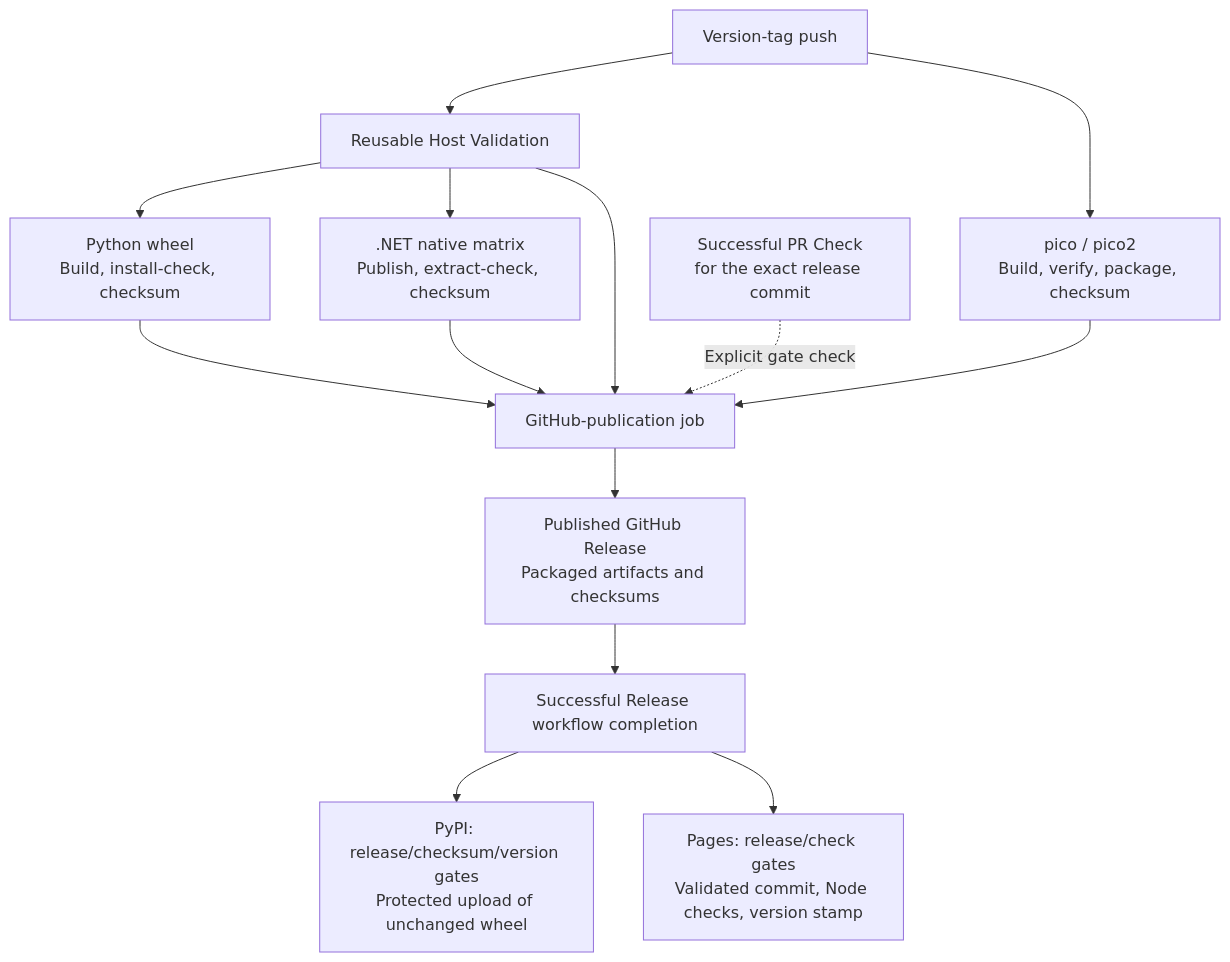
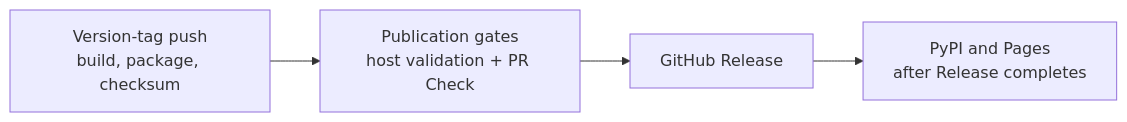
Before and after one commit to djwinter29-oss/PicoUart: the diagram in docs/development/github-actions.md, drawn with Mermaid. The commit also changed other lines of this file and 12 other files, not shown here.

````diff
--- a/docs/development/github-actions.md
+++ b/docs/development/github-actions.md
@@ -32,16 +32,6 @@
 ```mermaid
-flowchart TD
-  Tag["Version-tag push"] --> Host["Reusable Host Validation"]
-  Tag --> Firmware["pico / pico2<br/>Build, verify, package, checksum"]
-  Host --> Python["Python wheel<br/>Build, install-check, checksum"]
-  Host --> Dotnet[".NET native matrix<br/>Publish, extract-check, checksum"]
-  Host --> Gate["GitHub-publication job"]
-  Firmware --> Gate
-  Python --> Gate
-  Dotnet --> Gate
-  PR["Successful PR Check<br/>for the exact release commit"] -.->|"Explicit gate check"| Gate
-  Gate --> Release["Published GitHub Release<br/>Packaged artifacts and checksums"]
-  Release --> Complete["Successful Release workflow completion"]
-  Complete --> PyPI["PyPI: release/checksum/version gates<br/>Protected upload of unchanged wheel"]
-  Complete --> Pages["Pages: release/check gates<br/>Validated commit, Node checks, version stamp"]
+flowchart LR
+  Tag["Version-tag push<br/>build, package, checksum"] --> Gate["Publication gates<br/>host validation + PR Check"]
+  Gate --> Release["GitHub Release"]
+  Release --> Publish["PyPI and Pages<br/>after Release completes"]
 ```
````
